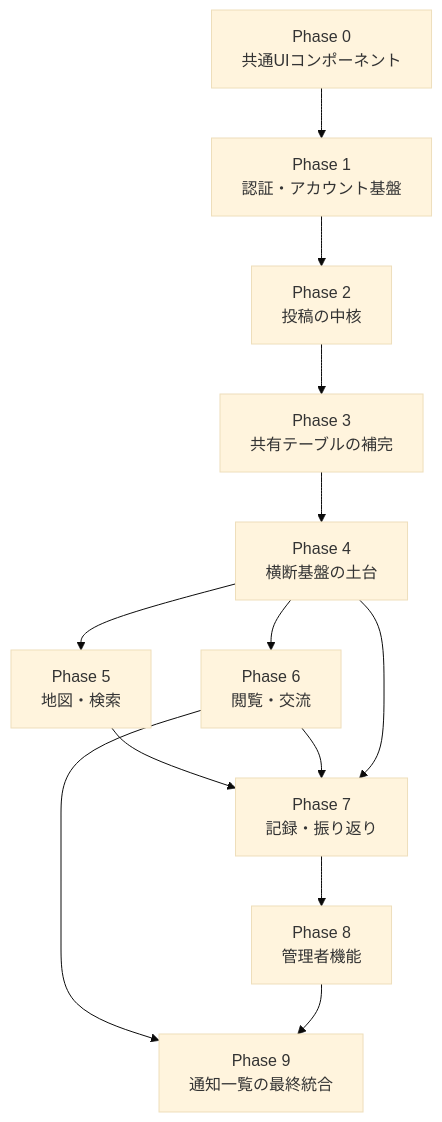
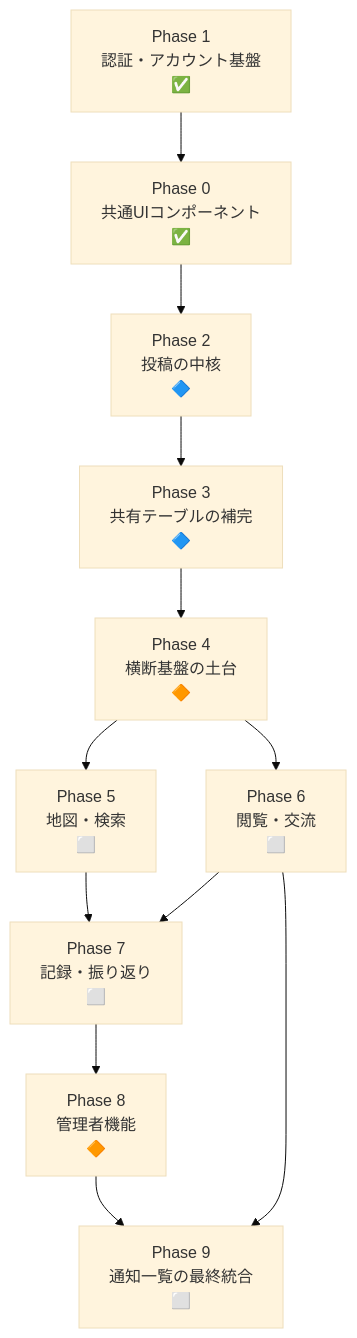
One commit to junito0814/tabikoe changed the diagram in docs/development-order.md. Above: the diagram before and after it, drawn with Mermaid (base theme). The commit also changed other lines of this file and 1 other file, not shown here.

````diff
--- a/docs/development-order.md
+++ b/docs/development-order.md
@@ -7,15 +16,14 @@
 ```mermaid
 flowchart TD
-    P0["Phase 0\n共通UIコンポーネント"] --> P1["Phase 1\n認証・アカウント基盤"]
-    P1 --> P2["Phase 2\n投稿の中核"]
-    P2 --> P3["Phase 3\n共有テーブルの補完"]
-    P3 --> P4["Phase 4\n横断基盤の土台"]
-    P4 --> P5["Phase 5\n地図・検索"]
-    P4 --> P6["Phase 6\n閲覧・交流"]
-    P5 --> P7["Phase 7\n記録・振り返り"]
+    P1["Phase 1\n認証・アカウント基盤\n✅"] --> P0["Phase 0\n共通UIコンポーネント\n✅"]
+    P0 --> P2["Phase 2\n投稿の中核\n🔷"]
+    P2 --> P3["Phase 3\n共有テーブルの補完\n🔷"]
+    P3 --> P4["Phase 4\n横断基盤の土台\n🔶"]
+    P4 --> P5["Phase 5\n地図・検索\n⬜"]
+    P4 --> P6["Phase 6\n閲覧・交流\n⬜"]
+    P5 --> P7["Phase 7\n記録・振り返り\n⬜"]
     P6 --> P7
-    P4 --> P7
-    P7 --> P8["Phase 8\n管理者機能"]
-    P6 --> P9["Phase 9\n通知一覧の最終統合"]
+    P7 --> P8["Phase 8\n管理者機能\n🔶"]
+    P6 --> P9["Phase 9\n通知一覧の最終統合\n⬜"]
     P8 --> P9
 ```
````
